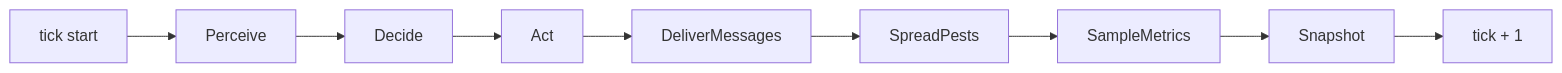
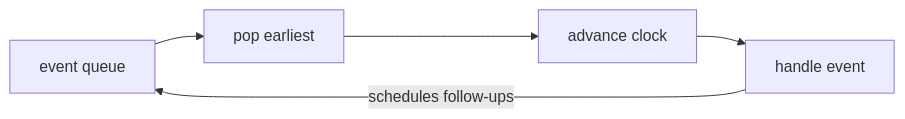
One commit to TychoGrapendaal/JIP_Swarm_Field changed the third of 4 diagrams in docs/architecture.md. Above: the diagram before and after it, drawn with Mermaid. The commit also changed other lines of this file and 19 other files, not shown here.

````diff
--- a/docs/architecture.md
+++ b/docs/architecture.md
@@ -287,6 +292,5 @@
 ```mermaid
 flowchart LR
-    T0["tick start"] --> S1["Perceive"] --> S2["Decide"] --> S3["Act"]
-    S3 --> S4["DeliverMessages"] --> S5["SpreadPests"] --> S6["SampleMetrics"] --> S7["Snapshot"]
-    S7 --> T1["tick + 1"]
+    Q["event queue"] --> POP["pop earliest"] --> CLK["advance clock"] --> H["handle event"]
+    H -->|schedules follow-ups| Q
 ```
````
